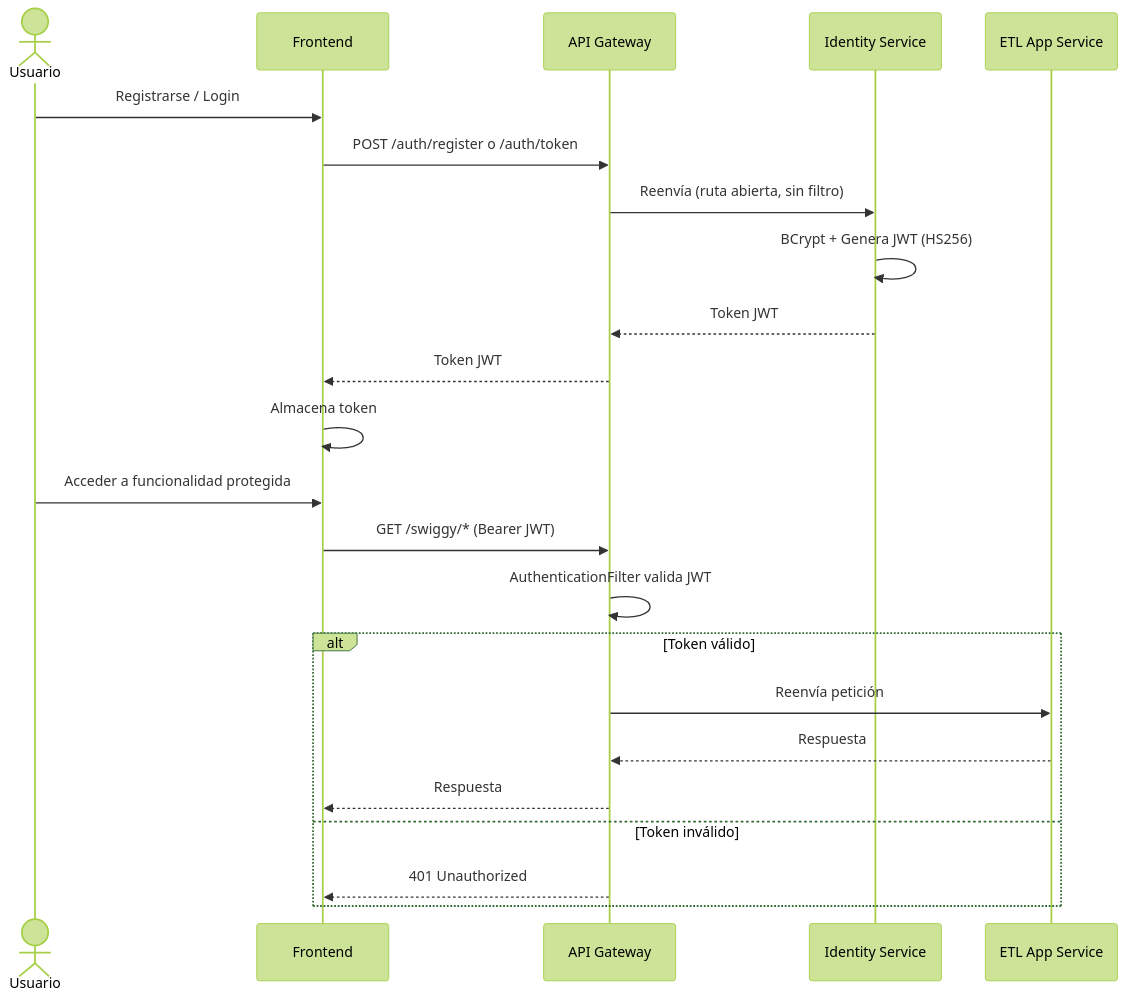
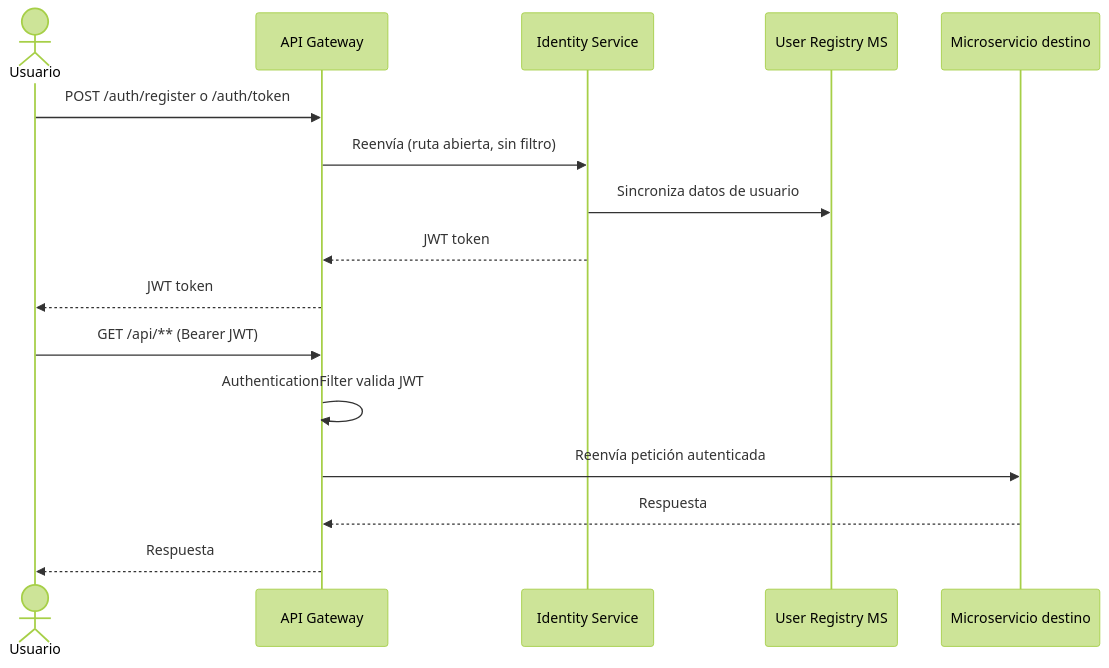
The third of 7 diagrams in README.md (ByAncort/ETL-BACKEND), drawn with Mermaid (forest theme) before and after one commit. The commit also changed other lines of this file, not shown here.

````diff
--- a/README.md
+++ b/README.md
@@ -90,27 +270,20 @@
 ```mermaid
 sequenceDiagram
     actor U as Usuario
-    participant FE as Frontend
     participant GW as API Gateway
     participant ID as Identity Service
-    participant APP as ETL App Service
+    participant UR as User Registry MS
+    participant MS as Microservicio destino
 
-    U->>FE: Registrarse / Login
-    FE->>GW: POST /auth/register o /auth/token
+    U->>GW: POST /auth/register o /auth/token
     GW->>ID: Reenvía (ruta abierta, sin filtro)
-    ID->>ID: BCrypt + Genera JWT (HS256)
-    ID-->>GW: Token JWT
-    GW-->>FE: Token JWT
-    FE->>FE: Almacena token
+    ID->>UR: Sincroniza datos de usuario
+    ID-->>GW: JWT token
+    GW-->>U: JWT token
 
-    U->>FE: Acceder a funcionalidad protegida
-    FE->>GW: GET /swiggy/* (Bearer JWT)
+    U->>GW: GET /api/** (Bearer JWT)
     GW->>GW: AuthenticationFilter valida JWT
-    alt Token válido
-        GW->>APP: Reenvía petición
-        APP-->>GW: Respuesta
-        GW-->>FE: Respuesta
-    else Token inválido
-        GW-->>FE: 401 Unauthorized
-    end
+    GW->>MS: Reenvía petición autenticada
+    MS-->>GW: Respuesta
+    GW-->>U: Respuesta
 ```
````
